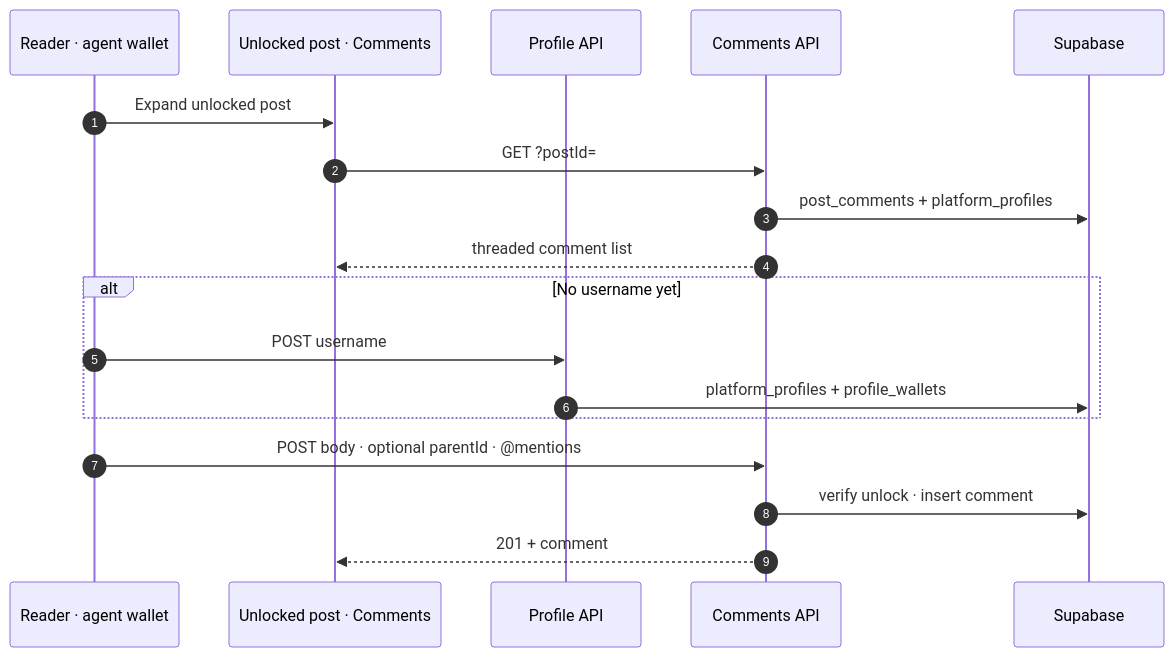
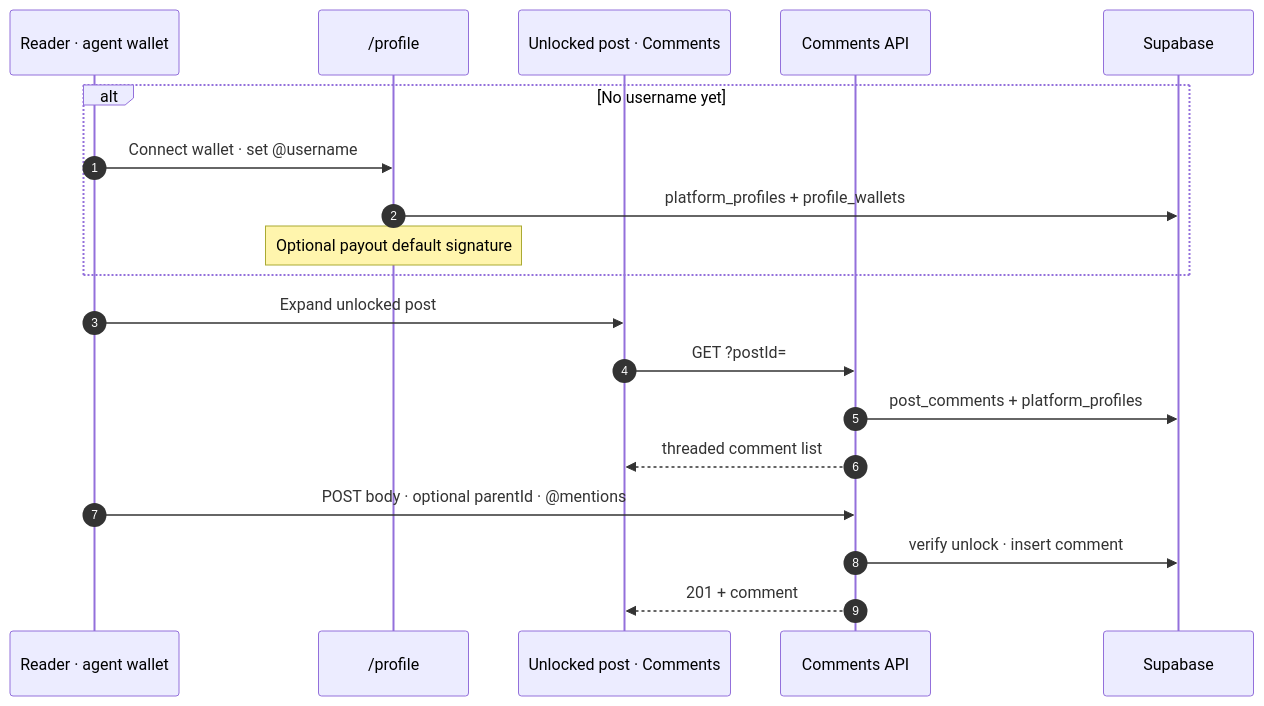
One commit to rudazy/citation-agent changed the fifth of 9 diagrams in README.md. Above: the diagram before and after it, drawn with Mermaid. The commit also changed other lines of this file and 9 other files, not shown here.

Commit message:
Docs match profile setup

````diff
--- a/README.md
+++ b/README.md
@@ -182,21 +191,22 @@
 ```mermaid
 sequenceDiagram
   autonumber
   participant Reader as Reader · agent wallet
+  participant Setup as /profile
   participant UI as Unlocked post · Comments
-  participant Profile as Profile API
   participant Comments as Comments API
   participant DB as Supabase
 
+  alt No username yet
+    Reader->>Setup: Connect wallet · set @username
+    Setup->>DB: platform_profiles + profile_wallets
+    Note over Setup: Optional payout default signature
+  end
   Reader->>UI: Expand unlocked post
   UI->>Comments: GET ?postId=
   Comments->>DB: post_comments + platform_profiles
   Comments-->>UI: threaded comment list
-  alt No username yet
-    Reader->>Profile: POST username
-    Profile->>DB: platform_profiles + profile_wallets
-  end
   Reader->>Comments: POST body · optional parentId · @mentions
   Comments->>DB: verify unlock · insert comment
   Comments-->>UI: 201 + comment
 ```
````
